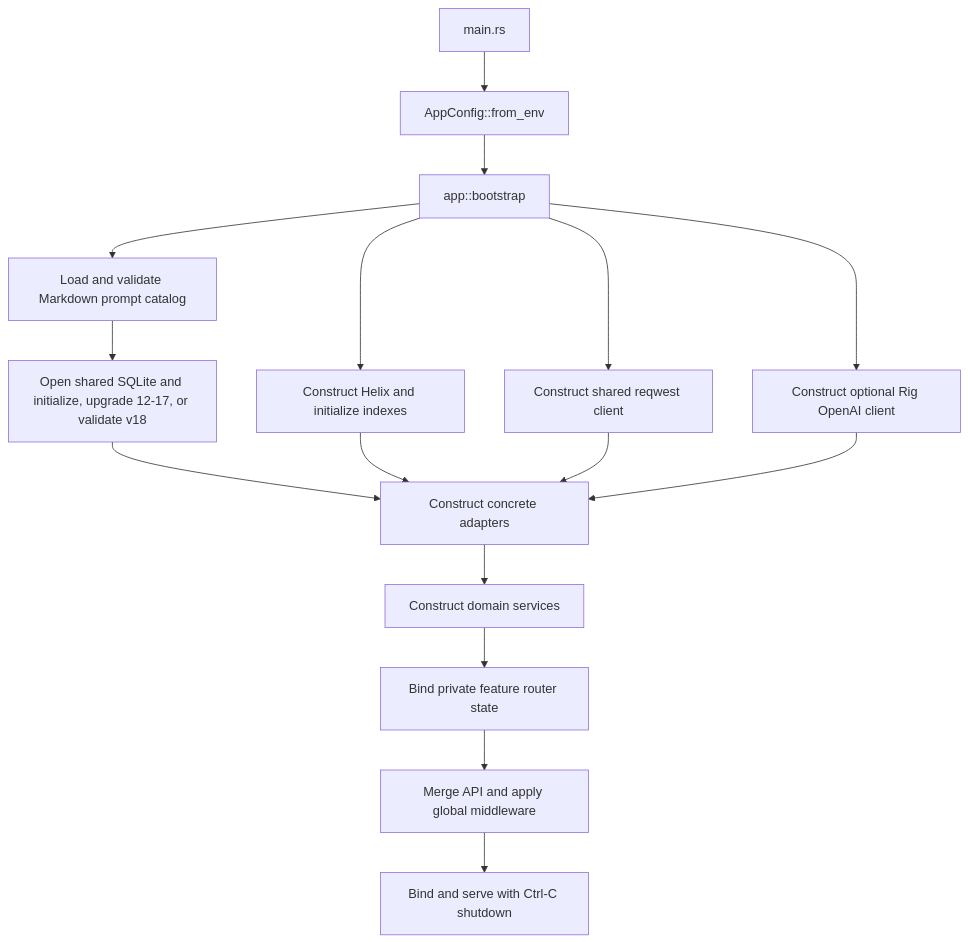
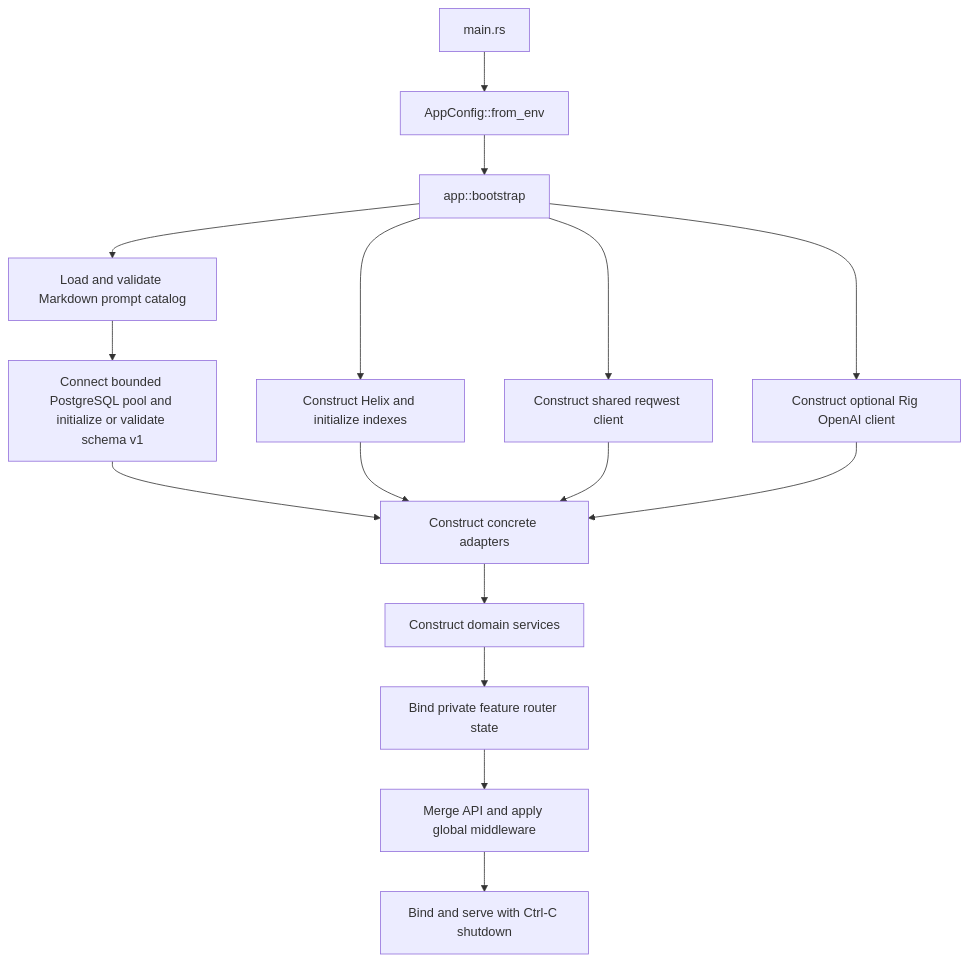
The second of 3 diagrams in docs/ARCHITECTURE.md (ratik-gambhir-WM/Quarry), drawn with Mermaid before and after one commit. The commit also changed other lines of this file and 129 other files, not shown here.

````diff
--- a/docs/ARCHITECTURE.md
+++ b/docs/ARCHITECTURE.md
@@ -1525,18 +1525,18 @@
 ```mermaid
 flowchart TD
     Main[main.rs] --> Config[AppConfig::from_env]
     Config --> Bootstrap[app::bootstrap]
     Bootstrap --> Prompts[Load and validate Markdown prompt catalog]
-    Prompts --> Sqlite[Open shared SQLite and initialize, upgrade 12-17, or validate v18]
+    Prompts --> Postgres[Connect bounded PostgreSQL pool and initialize or validate schema v1]
     Bootstrap --> Helix[Construct Helix and initialize indexes]
     Bootstrap --> Http[Construct shared reqwest client]
     Bootstrap --> Rig[Construct optional Rig OpenAI client]
-    Sqlite --> Adapters[Construct concrete adapters]
+    Postgres --> Adapters[Construct concrete adapters]
     Helix --> Adapters
     Http --> Adapters
     Rig --> Adapters
     Adapters --> Domains[Construct domain services]
     Domains --> FeatureRouters[Bind private feature router state]
     FeatureRouters --> Router[Merge API and apply global middleware]
     Router --> Serve[Bind and serve with Ctrl-C shutdown]
 ```
````
